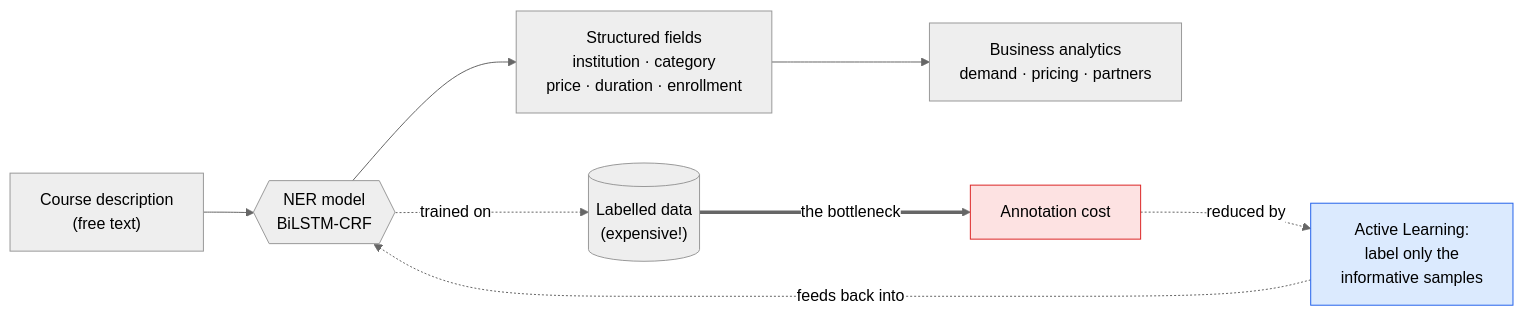
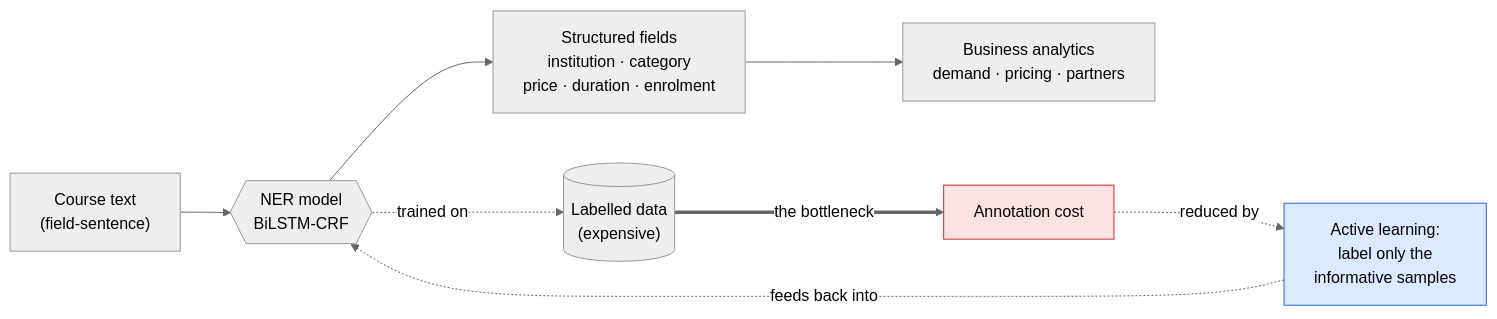
Before and after one commit to ismatsamadov/active_learning: the first of 5 diagrams in README.md, drawn with Mermaid (neutral theme). The commit also changed other lines of this file and 5 other files, not shown here.

````diff
--- a/README.md
+++ b/README.md
@@ -61,12 +75,12 @@
 ```mermaid
 flowchart LR
-    A["Course description<br/>(free text)"] --> B{{"NER model<br/>BiLSTM-CRF"}}
-    B --> C["Structured fields<br/>institution · category<br/>price · duration · enrollment"]
+    A["Course text<br/>(field-sentence)"] --> B{{"NER model<br/>BiLSTM-CRF"}}
+    B --> C["Structured fields<br/>institution · category<br/>price · duration · enrolment"]
     C --> D["Business analytics<br/>demand · pricing · partners"]
-    B -.->|"trained on"| E[("Labelled data<br/>(expensive!)")]
+    B -.->|"trained on"| E[("Labelled data<br/>(expensive)")]
     E ==>|"the bottleneck"| F["Annotation cost"]
-    F -.->|"reduced by"| G["Active Learning:<br/>label only the<br/>informative samples"]
+    F -.->|"reduced by"| G["Active learning:<br/>label only the<br/>informative samples"]
     G -.->|"feeds back into"| B
     style F fill:#fde2e2,stroke:#dc2626
     style G fill:#dbeafe,stroke:#2563eb
 ```
````
